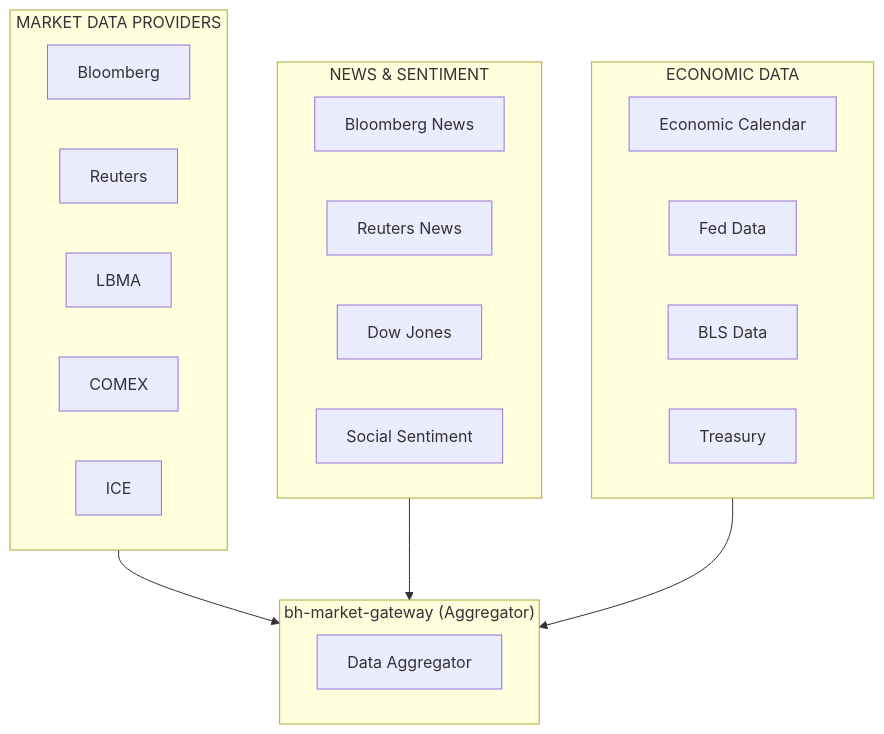
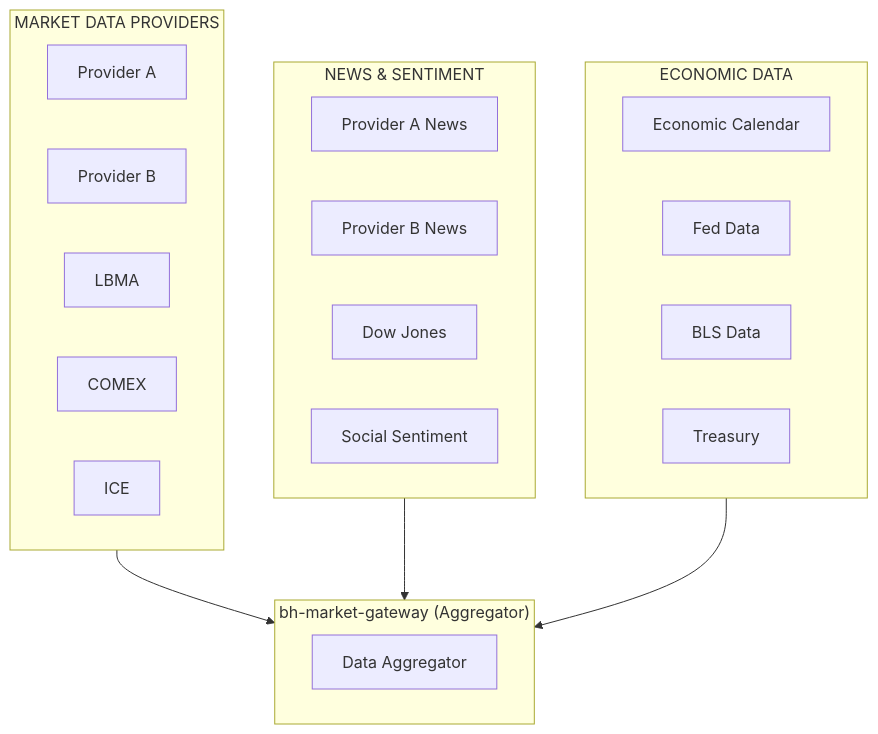
Before and after one commit to blackholefund/external_docs: the first of 4 diagrams in docs/connectors/overview.md, drawn with Mermaid. The commit also changed other lines of this file and 14 other files, not shown here.

Commit message:
Hide provider names and fix mermaid identifiers

````diff
--- a/docs/connectors/overview.md
+++ b/docs/connectors/overview.md
@@ -9,32 +11,32 @@
 ```mermaid
 flowchart TB
     subgraph Gateway["bh-market-gateway (Aggregator)"]
         Agg["Data Aggregator"]
     end
 
     subgraph MarketData["MARKET DATA PROVIDERS"]
-        Bloomberg["Bloomberg"]
-        Reuters["Reuters"]
+        ProviderA["Provider A"]
+        ProviderB["Provider B"]
         LBMA["LBMA"]
         COMEX["COMEX"]
         ICE["ICE"]
     end
 
     subgraph News["NEWS & SENTIMENT"]
-        BBNews["Bloomberg News"]
-        ReutersNews["Reuters News"]
+        BBNews["Provider A News"]
+        ProviderBNews["Provider B News"]
         DowJones["Dow Jones"]
         Social["Social Sentiment"]
     end
 
     subgraph Economic["ECONOMIC DATA"]
         EconCal["Economic Calendar"]
         FedData["Fed Data"]
         BLS["BLS Data"]
         Treasury["Treasury"]
     end
 
     MarketData --> Gateway
     News --> Gateway
     Economic --> Gateway
 ```
````
